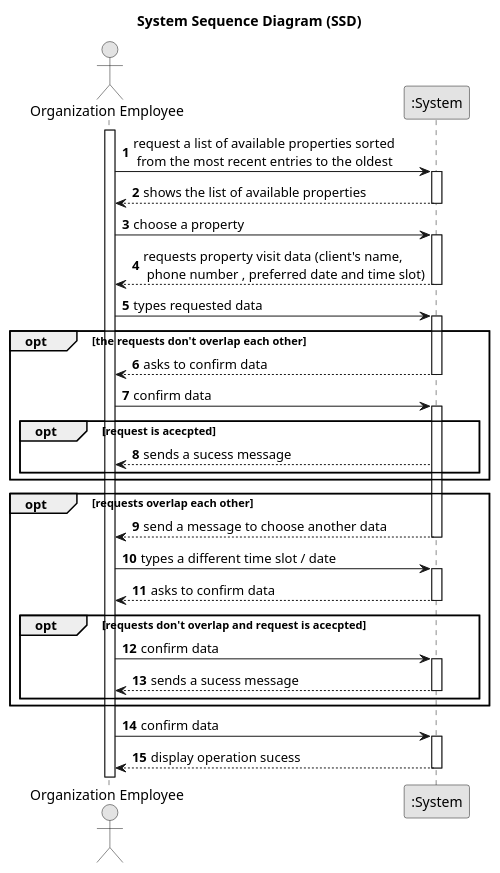
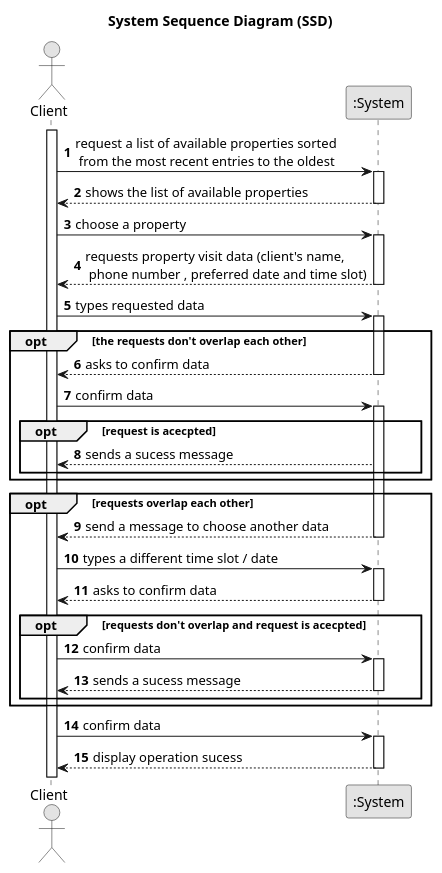
Before and after one commit to Rodrick0209/ISEP-LAPR2-22-23: the diagram in docs/Sprint-D/US009/01.requirements-engineering/puml/us009-system-sequence-diagram-alternative-one.puml, drawn with PlantUML. The commit also changed 13 other files, not shown here.

```diff
--- a/docs/Sprint-D/US009/01.requirements-engineering/puml/us009-system-sequence-diagram-alternative-one.puml
+++ b/docs/Sprint-D/US009/01.requirements-engineering/puml/us009-system-sequence-diagram-alternative-one.puml
@@ -1,73 +1,73 @@
 @startuml
 skinparam monochrome true
 skinparam packageStyle rectangle
 skinparam shadowing false
 
 title System Sequence Diagram (SSD)
 
 autonumber
 
-actor "Organization Employee" as Employee
+actor "Client" as Client
 participant ":System" as System
 
-activate Employee
+activate Client
 
 
-    Employee -> System : request a list of available properties sorted\n from the most recent entries to the oldest
+    Client -> System : request a list of available properties sorted\n from the most recent entries to the oldest
     activate System
 
-        System --> Employee : shows the list of available properties
+        System --> Client : shows the list of available properties
     deactivate System
 
-    Employee -> System :  choose a property
+    Client -> System :  choose a property
     activate System
 
-        System --> Employee : requests property visit data (client's name,\n phone number , preferred date and time slot)
+        System --> Client : requests property visit data (client's name,\n phone number , preferred date and time slot)
     deactivate System
 
-    Employee -> System : types requested data
+    Client -> System : types requested data
     activate System
 
 opt the requests don't overlap each other
 
-        System --> Employee : asks to confirm data
+        System --> Client : asks to confirm data
     deactivate System
 
-    Employee -> System : confirm data
+    Client -> System : confirm data
     activate System
 
 opt request is acecpted
-    System --> Employee :sends a sucess message
+    System --> Client :sends a sucess message
 end
 end
 
 opt requests overlap each other
 
-    System --> Employee : send a message to choose another data
+    System --> Client : send a message to choose another data
     deactivate System
 
-    Employee -> System : types a different time slot / date
+    Client -> System : types a different time slot / date
     activate System
 
-    System --> Employee : asks to confirm data
+    System --> Client : asks to confirm data
     deactivate System
 
     opt requests don't overlap and request is acecpted
-        Employee -> System : confirm data
+        Client -> System : confirm data
             activate System
 
-        System --> Employee :sends a sucess message
+        System --> Client :sends a sucess message
             deactivate System
     end
 
 end
 
     deactivate System
 
-     Employee -> System : confirm data
+     Client -> System : confirm data
 
      activate System
 
-            System --> Employee : display operation sucess
+            System --> Client : display operation sucess
      deactivate System
 @enduml
```
